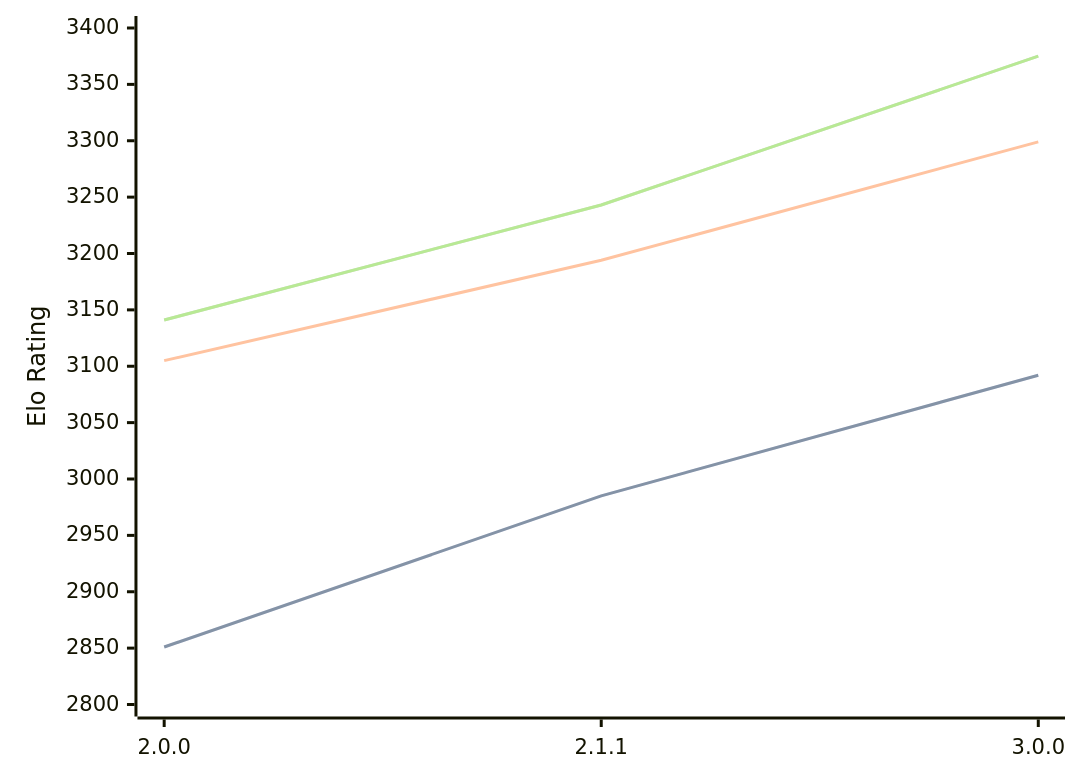
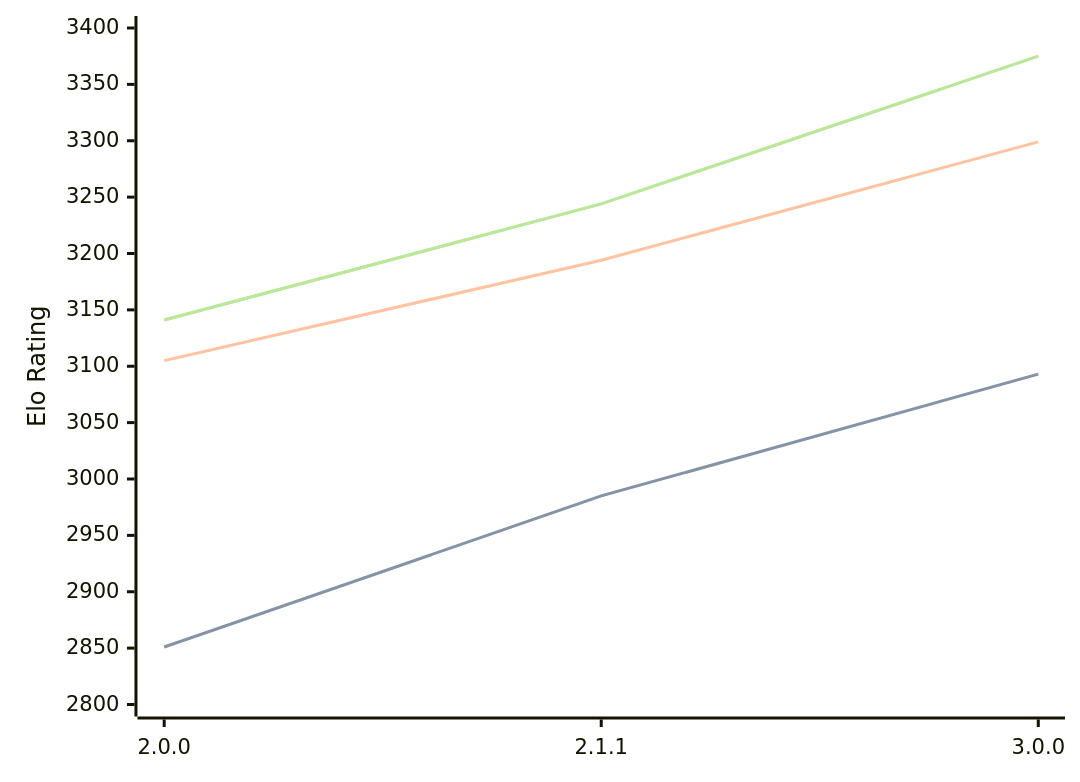
The diagram in engines/Bread.md (computer-chess-index/cci), drawn with Mermaid before and after one commit. The commit also changed other lines of this file, not shown here.

Commit message:
Update CCI Ratings (ELO VLTC) - 2026-08-05

````diff
--- a/engines/Bread.md
+++ b/engines/Bread.md
@@ -53,11 +53,11 @@
 ```mermaid
 %%{init: {"theme":"base","themeVariables":{"seriesColors:['#a3a3a3','#222221','#faa371']}}}%%
 xychart-beta
   x-axis ["2.0.0", "2.1.1", "3.0.0"]
   y-axis "Elo Rating" 2800 --> 3400
-  line "STC (8.0+0.08s)" [2851, 2985, 3092]
-  line "STC (8.0+0.08s)" [2851, 2985, 3092]
+  line "STC (8.0+0.08s)" [2851, 2985, 3093]
+  line "STC (8.0+0.08s)" [2851, 2985, 3093]
   line "LTC (60.0+0.60s)" [3105, 3194, 3299]
-  line "VLTC (2m24s+1.12s)" [3141, 3243, 3375]
-  line "VLTC (2m24s+1.12s)" [3141, 3243, 3375]
+  line "VLTC (2m24s+1.12s)" [3141, 3244, 3375]
+  line "VLTC (2m24s+1.12s)" [3141, 3244, 3375]
 ```
````
